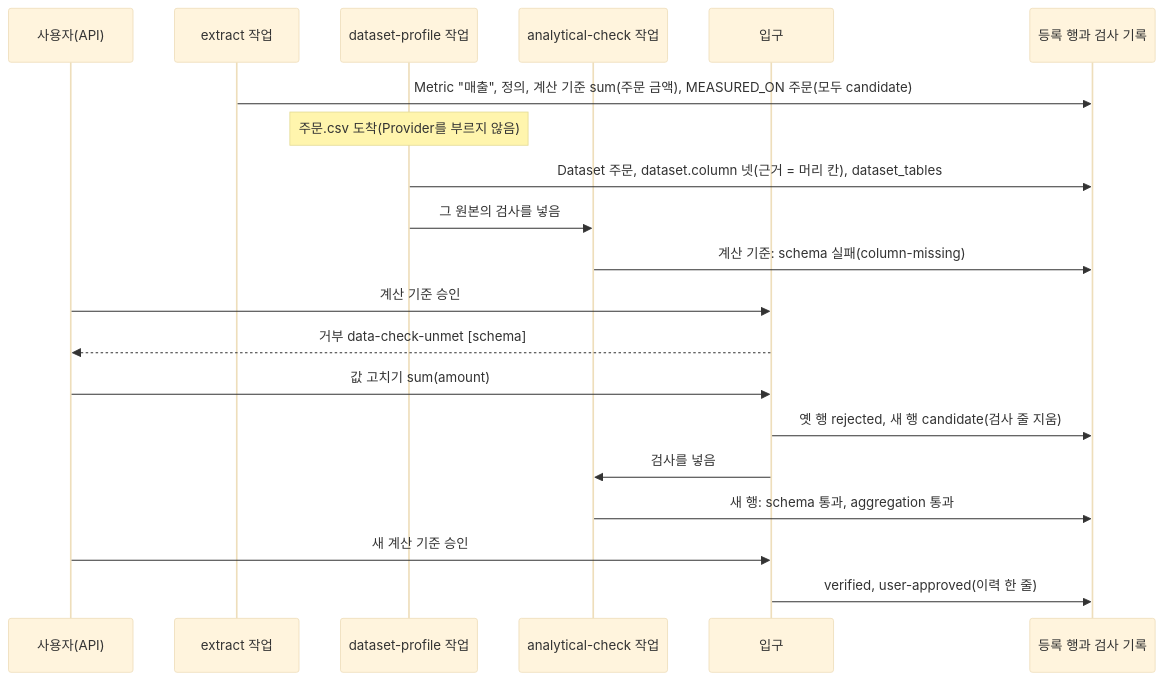
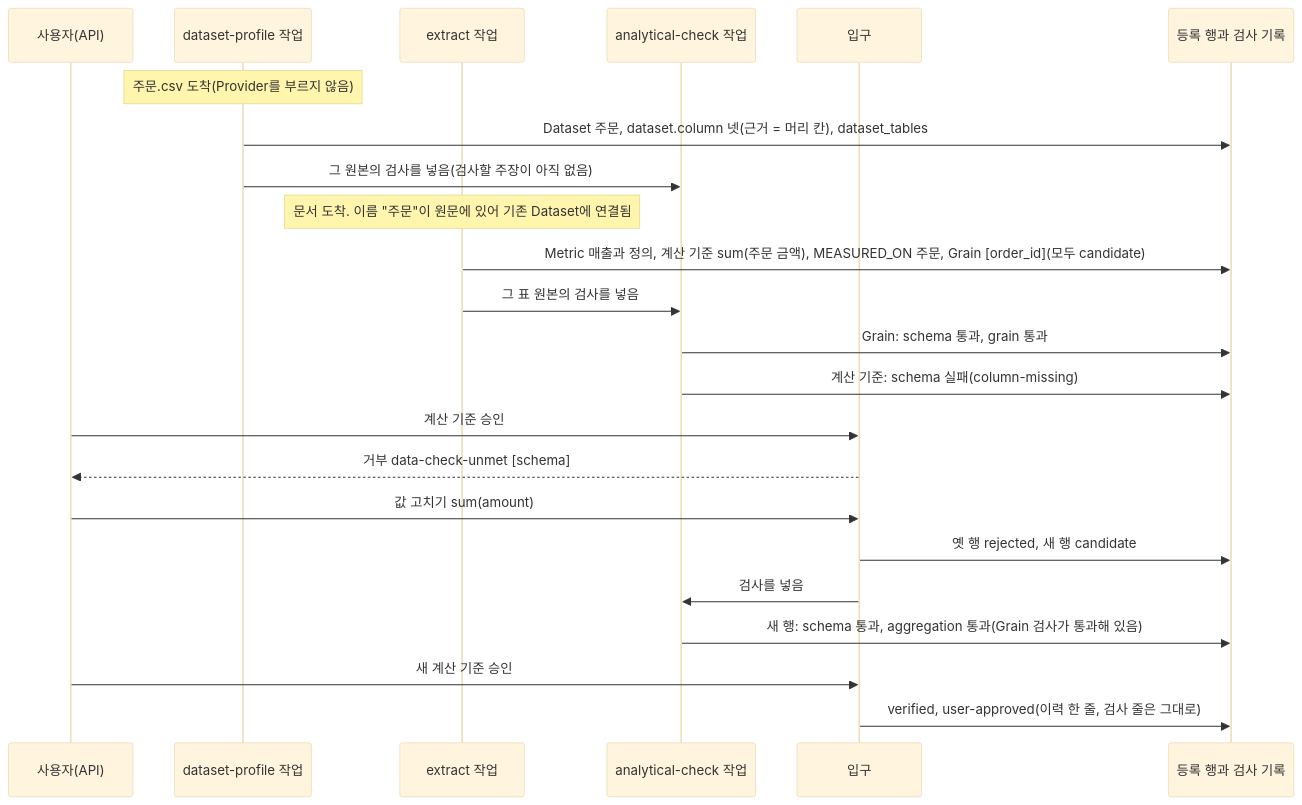
Before and after one commit to nohdol97/PKI: the second of 4 diagrams in docs/specs/2026-11-22-S03-analytical-semantic.md, drawn with Mermaid (base theme). The commit also changed other lines of this file, not shown here.

````diff
--- a/docs/specs/2026-11-22-S03-analytical-semantic.md
+++ b/docs/specs/2026-11-22-S03-analytical-semantic.md
@@ -315,22 +353,25 @@
 ```mermaid
 sequenceDiagram
   participant U as 사용자(API)
+  participant P as dataset-profile 작업
   participant X as extract 작업
-  participant P as dataset-profile 작업
   participant K as analytical-check 작업
   participant G as 입구
   participant R as 등록 행과 검사 기록
-  X->>R: Metric "매출", 정의, 계산 기준 sum(주문 금액), MEASURED_ON 주문(모두 candidate)
   Note over P: 주문.csv 도착(Provider를 부르지 않음)
   P->>R: Dataset 주문, dataset.column 넷(근거 = 머리 칸), dataset_tables
-  P->>K: 그 원본의 검사를 넣음
+  P->>K: 그 원본의 검사를 넣음(검사할 주장이 아직 없음)
+  Note over X: 문서 도착. 이름 "주문"이 원문에 있어 기존 Dataset에 연결됨
+  X->>R: Metric 매출과 정의, 계산 기준 sum(주문 금액), MEASURED_ON 주문, Grain [order_id](모두 candidate)
+  X->>K: 그 표 원본의 검사를 넣음
+  K->>R: Grain: schema 통과, grain 통과
   K->>R: 계산 기준: schema 실패(column-missing)
   U->>G: 계산 기준 승인
   G-->>U: 거부 data-check-unmet [schema]
   U->>G: 값 고치기 sum(amount)
-  G->>R: 옛 행 rejected, 새 행 candidate(검사 줄 지움)
+  G->>R: 옛 행 rejected, 새 행 candidate
   G->>K: 검사를 넣음
-  K->>R: 새 행: schema 통과, aggregation 통과
+  K->>R: 새 행: schema 통과, aggregation 통과(Grain 검사가 통과해 있음)
   U->>G: 새 계산 기준 승인
-  G->>R: verified, user-approved(이력 한 줄)
+  G->>R: verified, user-approved(이력 한 줄, 검사 줄은 그대로)
 ```
````
